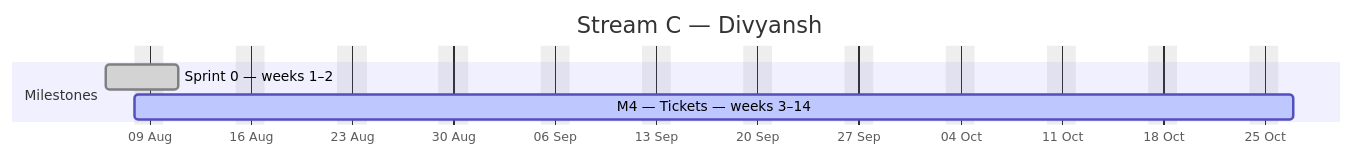
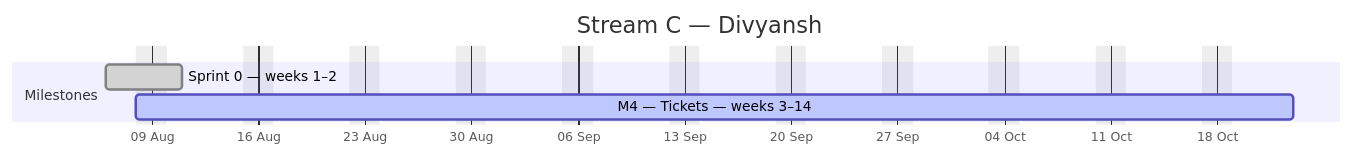
Before and after one commit to debashisedunext/EduTrack: the third of 4 diagrams in docs/plan/GANTT.md, drawn with Mermaid. The commit also changed other lines of this file and 3 other files, not shown here.

````diff
--- a/docs/plan/GANTT.md
+++ b/docs/plan/GANTT.md
@@ -142,10 +140,10 @@
 ```mermaid
 gantt
     dateFormat YYYY-MM-DD
     axisFormat %d %b
     title Stream C — Divyansh
     excludes weekends
     section Milestones
     Sprint 0 — weeks 1–2 :done, c0, 2026-08-06, 3d
-    M4 — Tickets — weeks 3–14 :active, c1, 2026-08-08, 57d
+    M4 — Tickets — weeks 3–14 :active, c1, 2026-08-08, 55d
 ```
````
